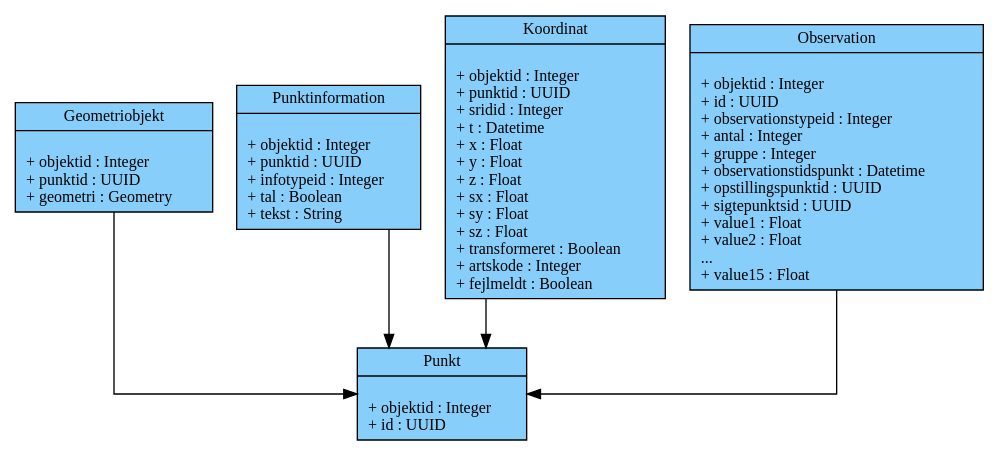
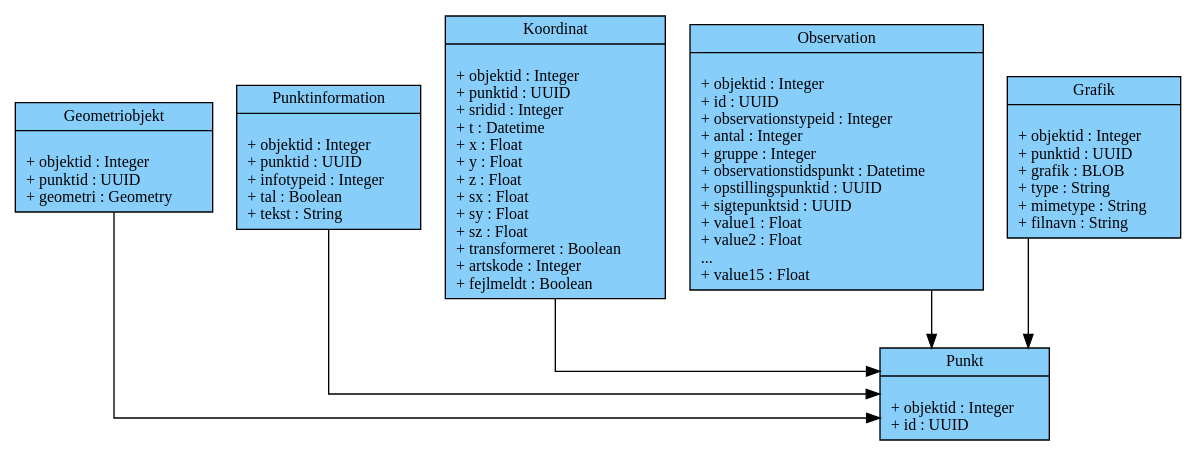
The second of 5 diagrams in docs/datamodel.rst (SDFIdk/FIRE), drawn with Graphviz before and after one commit. The commit also changed other lines of this file and 2 other files, not shown here.

Commit message:
docs: tilføj Grafik til DDL-beskrivelse

```diff
--- a/docs/datamodel.rst
+++ b/docs/datamodel.rst
@@ -84,6 +84,7 @@
      digraph "Grundobjekter" {
          node [shape=record, fontname="Verdana", fontsize="12"];
          graph [splines=ortho];
+
 
         Punkt [
             label = "{Punkt|\l
@@ -156,9 +157,23 @@
             style = filled
         ]
 
-        Geometriobjekt -> Punkt;
-        Punktinformation -> Punkt;
-        Koordinat -> Punkt;
-        Observation -> Punkt;
+        Grafik [
+            label = "{Grafik|\l
+                    + objektid : Integer\l
+                    + punktid : UUID\l
+                    + grafik : BLOB\l
+                    + type : String\l
+                    + mimetype : String\l
+                    + filnavn : String\l
+            }"
+            fillcolor = lightskyblue
+            style = filled
+        ]
+
+        Geometriobjekt -> Punkt [constraint=false];
+        Punktinformation -> Punkt [constraint=false];
+        Koordinat -> Punkt [constraint=false];
+        Observation -> Punkt [constraint=true];
+        Grafik -> Punkt [constraint=true];
 
      }
```
